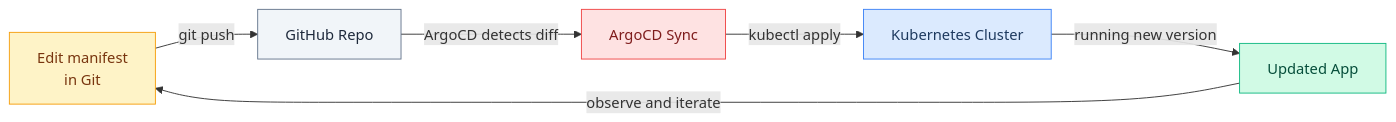
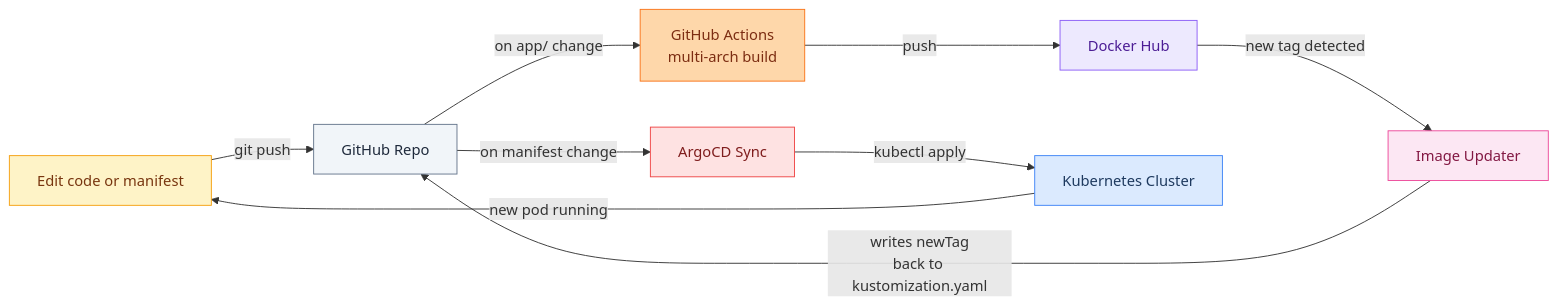
One commit to biswa123642/local-k8s-ai-agent changed the fourth of 4 diagrams in README.md. Above: the diagram before and after it, drawn with Mermaid. The commit also changed other lines of this file, not shown here.

Commit message:
Update architecture diagrams to include GitHub Actions and Image Updater

````diff
--- a/README.md
+++ b/README.md
@@ -649,20 +659,27 @@
 ```mermaid
 graph LR
-    A[Edit manifest\nin Git] -->|git push| B[GitHub Repo]
-    B -->|ArgoCD detects diff| C[ArgoCD Sync]
-    C -->|kubectl apply| D[Kubernetes Cluster]
-    D -->|running new version| E[Updated App]
-    E -->|observe and iterate| A
+    A[Edit code or manifest] -->|git push| B[GitHub Repo]
+    B -->|on app/ change| GHA[GitHub Actions\nmulti-arch build]
+    GHA -->|push| DH[Docker Hub]
+    DH -->|new tag detected| IU[Image Updater]
+    IU -->|writes newTag\nback to kustomization.yaml| B
+    B -->|on manifest change| ACD[ArgoCD Sync]
+    ACD -->|kubectl apply| K[Kubernetes Cluster]
+    K -->|new pod running| A
 
     classDef dev   fill:#fef3c7,stroke:#f59e0b,color:#78350f
     classDef git   fill:#f1f5f9,stroke:#64748b,color:#1e293b
+    classDef ci    fill:#fed7aa,stroke:#f97316,color:#7c2d12
+    classDef reg   fill:#ede9fe,stroke:#8b5cf6,color:#4c1d95
+    classDef iu    fill:#fce7f3,stroke:#ec4899,color:#831843
     classDef argo  fill:#fee2e2,stroke:#ef4444,color:#7f1d1d
     classDef k8s   fill:#dbeafe,stroke:#3b82f6,color:#1e3a5f
-    classDef app   fill:#d1fae5,stroke:#10b981,color:#064e3b
 
     class A dev
     class B git
-    class C argo
-    class D k8s
-    class E app
+    class GHA ci
+    class DH reg
+    class IU iu
+    class ACD argo
+    class K k8s
 ```
````
